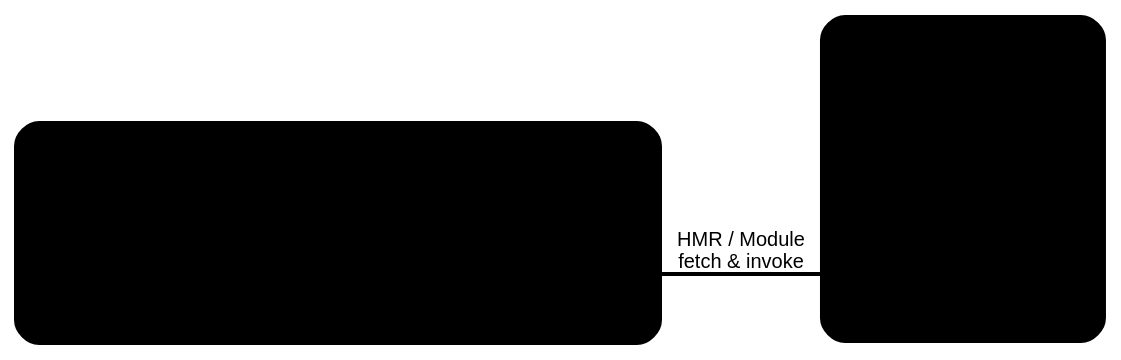
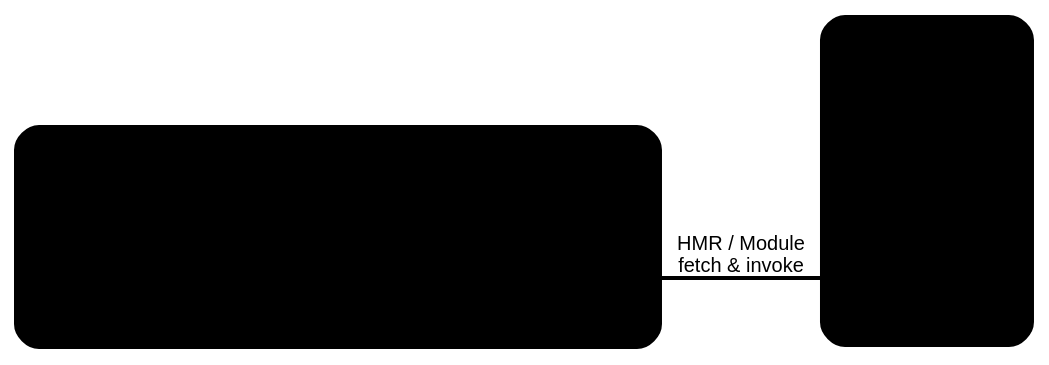
One commit to vitejs/vite changed the diagram in docs/guide/api-environment-runtimes.md. Above: the diagram before and after it, drawn with Graphviz.

````diff
--- a/docs/guide/api-environment-runtimes.md
+++ b/docs/guide/api-environment-runtimes.md
@@ -85,45 +85,45 @@
 ```dot
 digraph module_runner {
   rankdir=LR
   node [shape=box style="rounded,filled" fontname="Arial" fontsize=11 margin="0.2,0.1" fontcolor="${#3c3c43|#ffffff}" color="${#c2c2c4|#3c3f44}"]
   edge [color="${#67676c|#98989f}" fontname="Arial" fontsize=10 fontcolor="${#67676c|#98989f}"]
   bgcolor="transparent"
   compound=true
 
   subgraph cluster_server {
     label="Vite Dev Server (Node.js)" labeljust=l fontname="Arial" fontsize=12
     style="rounded,filled" fillcolor="${#f6f6f7|#1a1a1f}" color="${#c2c2c4|#3c3f44}"
     fontcolor="${#3c3c43|#ffffff}"
 
     subgraph cluster_env {
       label="DevEnvironment" labeljust=l fontname="Arial" fontsize=11
       style="rounded,filled" fillcolor="${#f2ecfc|#2c273e}" color="${#c2c2c4|#3c3f44}"
       fontcolor="${#3c3c43|#ffffff}"
 
       plugins [label="Plugin\nPipeline" fillcolor="${#e9eaff|#222541}"]
       mg [label="Module\nGraph" fillcolor="${#e9eaff|#222541}"]
       hot [label="HotChannel" fillcolor="${#fcf4dc|#38301a}"]
 
       plugins -> mg [dir=both]
       mg -> hot [style=invis]
     }
   }
 
   subgraph cluster_runtime {
     label="Target Runtime" labeljust=l fontname="Arial" fontsize=12
     style="rounded,filled" fillcolor="${#f0fdf4|#131b15}" color="${#c2c2c4|#3c3f44}"
     fontcolor="${#3c3c43|#ffffff}"
 
     subgraph cluster_runner {
       label="ModuleRunner" labeljust=l fontname="Arial" fontsize=11
       style="rounded,filled" fillcolor="${#def5ed|#15312d}" color="${#c2c2c4|#3c3f44}"
       fontcolor="${#3c3c43|#ffffff}"
 
-      evaluator [label="ModuleEvaluator" fillcolor="${#def5ed|#15312d}"]
+      evaluator [label="Module\nEvaluator" fillcolor="${#def5ed|#15312d}"]
       transport [label="Transport" fillcolor="${#fcf4dc|#38301a}"]
     }
   }
 
   hot -> transport [label="HMR / Module\nfetch & invoke" dir=both style=bold color="${#6f42c1|#c8abfa}"]
 }
 ```
````
